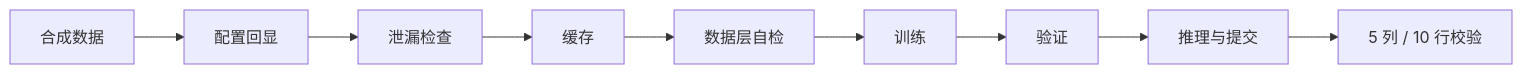
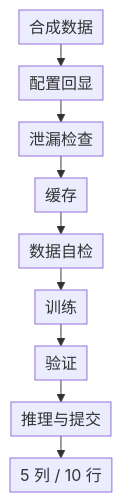
The ninth of 9 diagrams in src/content/posts/chest-smart-diagnosis.md (cixiy1/Yuki-blog), drawn with Mermaid before and after one commit. The commit also changed other lines of this file, not shown here.

First line of the commit message:
fix(posts): 架构图在深色模式下字太小发灰

````diff
--- a/src/content/posts/chest-smart-diagnosis.md
+++ b/src/content/posts/chest-smart-diagnosis.md
@@ -537,11 +521,6 @@
 ```mermaid
-flowchart LR
-  S1["合成数据"] --> S2["配置回显"]
-  S2 --> S3["泄漏检查"]
-  S3 --> S4["缓存"]
-  S4 --> S5["数据层自检"]
-  S5 --> S6["训练"]
-  S6 --> S7["验证"]
-  S7 --> S8["推理与提交"]
-  S8 --> S9["5 列 / 10 行校验"]
+%%{init: {"flowchart": {"nodeSpacing": 16, "rankSpacing": 22, "padding": 5, "wrappingWidth": 150}}}%%
+flowchart TB
+  S1["合成数据"] --> S2["配置回显"] --> S3["泄漏检查"] --> S4["缓存"] --> S5["数据自检"]
+  S5 --> S6["训练"] --> S7["验证"] --> S8["推理与提交"] --> S9["5 列 / 10 行"]
 ```
````
